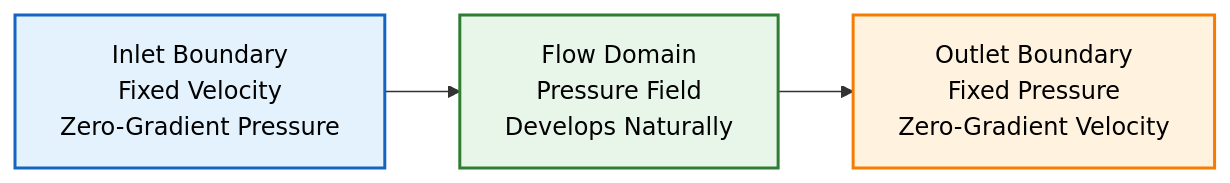
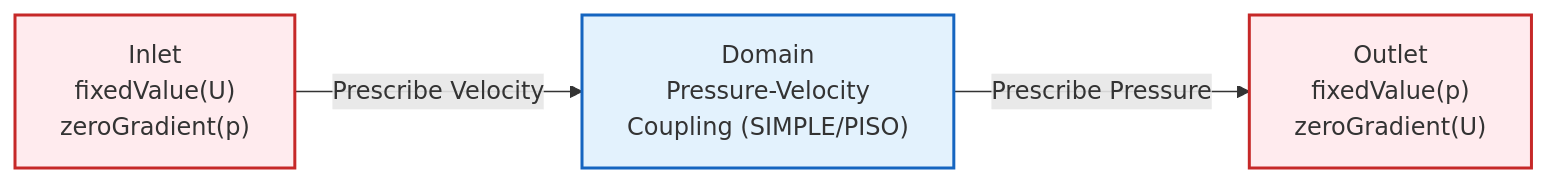
Before and after one commit to wramet/build-my-cfd: the third of 6 diagrams in MODULE_01_CFD_FUNDAMENTALS/CONTENT/03_BOUNDARY_CONDITIONS/03_Selection_Guide_Which_BC_to_Use.md, drawn with Mermaid. The commit also changed other lines of this file and 313 other files, not shown here.

Commit message:
Revise all diagram

````diff
--- a/MODULE_01_CFD_FUNDAMENTALS/CONTENT/03_BOUNDARY_CONDITIONS/03_Selection_Guide_Which_BC_to_Use.md
+++ b/MODULE_01_CFD_FUNDAMENTALS/CONTENT/03_BOUNDARY_CONDITIONS/03_Selection_Guide_Which_BC_to_Use.md
@@ -209,8 +223,13 @@
 ```mermaid
 graph LR
-    A["Inlet Boundary<br/>Fixed Velocity<br/>Zero-Gradient Pressure"] --> B["Flow Domain<br/>Pressure Field<br/>Develops Naturally"] --> C["Outlet Boundary<br/>Fixed Pressure<br/>Zero-Gradient Velocity"]
+%% Standard Steady-State BC Coupling
+Inlet["Inlet<br/>fixedValue(U)<br/>zeroGradient(p)"]:::explicit
+Domain["Domain<br/>Pressure-Velocity<br/>Coupling (SIMPLE/PISO)"]:::implicit
+Outlet["Outlet<br/>fixedValue(p)<br/>zeroGradient(U)"]:::explicit
 
-    style A fill:#e3f2fd,stroke:#1565c0,stroke-width:2px,color:#000;
-    style B fill:#e8f5e9,stroke:#2e7d32,stroke-width:2px,color:#000;
-    style C fill:#fff3e0,stroke:#f57c00,stroke-width:2px,color:#000;
+Inlet -->|Prescribe Velocity| Domain -->|Prescribe Pressure| Outlet
+
+%% Classes
+classDef implicit fill:#e3f2fd,stroke:#1565c0,stroke-width:2px;
+classDef explicit fill:#ffebee,stroke:#c62828,stroke-width:2px;
 ```
````
